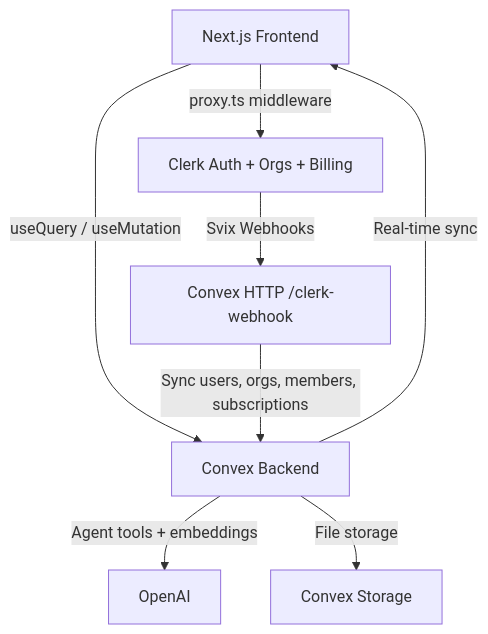
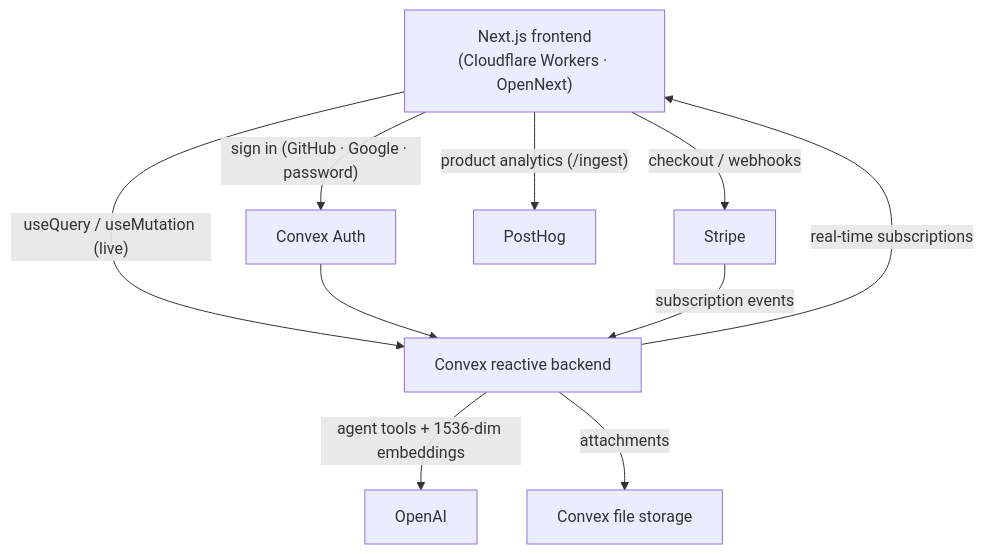
One commit to mygogocash/great-manut changed the diagram in README.md. Above: the diagram before and after it, drawn with Mermaid. The commit also changed other lines of this file and 1 other file, not shown here.

````diff
--- a/README.md
+++ b/README.md
@@ -197,10 +118,12 @@
 ```mermaid
 flowchart TB
-    Browser[Next.js Frontend] -->|"useQuery / useMutation"| Convex[Convex Backend]
-    Convex -->|"Real-time sync"| Browser
-    Clerk[Clerk Auth + Orgs + Billing] -->|"Svix Webhooks"| ConvexHTTP["Convex HTTP /clerk-webhook"]
-    ConvexHTTP -->|"Sync users, orgs, members, subscriptions"| Convex
-    Convex -->|"Agent tools + embeddings"| OpenAI[OpenAI]
-    Convex -->|"File storage"| Storage[Convex Storage]
-    Browser -->|"proxy.ts middleware"| Clerk
+    Browser["Next.js frontend<br/>(Cloudflare Workers · OpenNext)"] -->|"useQuery / useMutation (live)"| Convex["Convex reactive backend"]
+    Convex -->|"real-time subscriptions"| Browser
+    Browser -->|"sign in (GitHub · Google · password)"| Auth["Convex Auth"]
+    Auth --> Convex
+    Convex -->|"agent tools + 1536-dim embeddings"| OpenAI["OpenAI"]
+    Convex -->|"attachments"| Storage["Convex file storage"]
+    Browser -->|"checkout / webhooks"| Stripe["Stripe"]
+    Stripe -->|"subscription events"| Convex
+    Browser -->|"product analytics (/ingest)"| PostHog["PostHog"]
 ```
````
